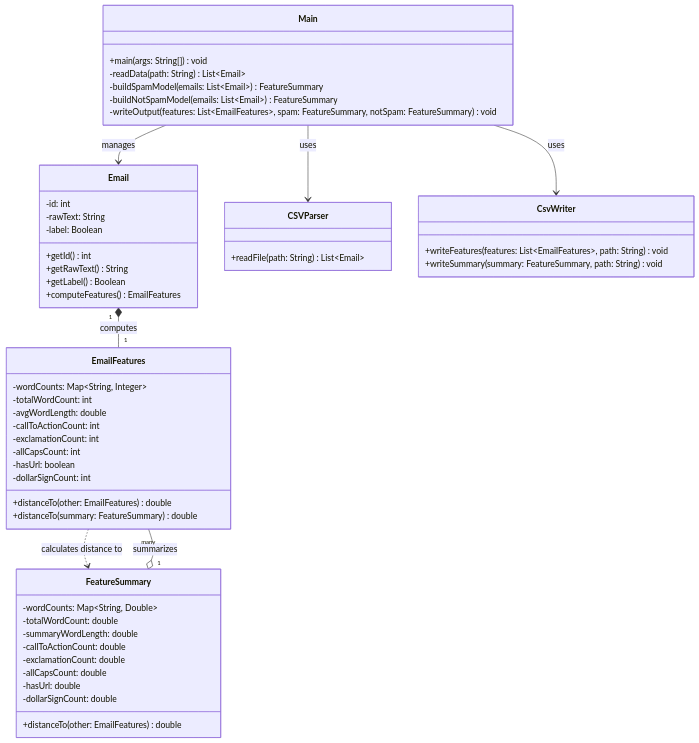
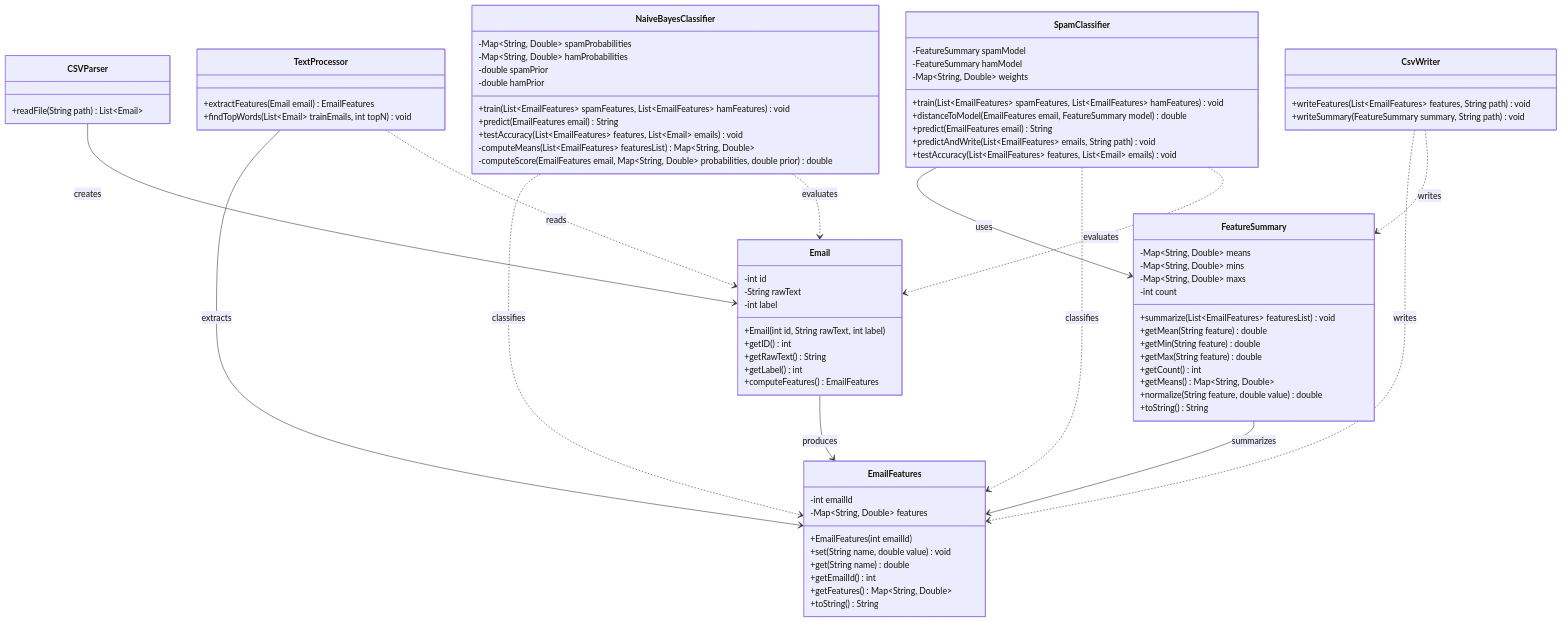
The diagram in README.md (CarterFennen/CSCIII-WCU-Spam-Email-Filter), drawn with Mermaid before and after one commit.

Commit message:
Update README.md
Update UML Diagram with additional classifiers and other classes.

````diff
--- a/README.md
+++ b/README.md
@@ -4,64 +4,90 @@
 ```mermaid
-
 classDiagram
-    class Main {
-        +main(args: String[]) void
-        -readData(path: String) List~Email~
-        -buildSpamModel(emails: List~Email~) FeatureSummary
-        -buildNotSpamModel(emails: List~Email~) FeatureSummary
-        -writeOutput(features: List~EmailFeatures~, spam: FeatureSummary, notSpam: FeatureSummary) void
-    }
-
     class Email {
-        -id: int
-        -rawText: String
-        -label: Boolean
-        +getId() int
+        -int id
+        -String rawText
+        -int label
+        +Email(int id, String rawText, int label)
+        +getID() int
         +getRawText() String
-        +getLabel() Boolean
+        +getLabel() int
         +computeFeatures() EmailFeatures
     }
 
     class EmailFeatures {
-        -wordCounts: Map~String, Integer~
-        -totalWordCount: int
-        -avgWordLength: double
-        -callToActionCount: int
-        -exclamationCount: int
-        -allCapsCount: int
-        -hasUrl: boolean
-        -dollarSignCount: int
-        +distanceTo(other: EmailFeatures) double
-        +distanceTo(summary: FeatureSummary) double
+        -int emailId
+        -Map~String, Double~ features
+        +EmailFeatures(int emailId)
+        +set(String name, double value) void
+        +get(String name) double
+        +getEmailId() int
+        +getFeatures() Map~String, Double~
+        +toString() String
+    }
+
+    class CSVParser {
+        +readFile(String path) List~Email~
+    }
+
+    class TextProcessor {
+        +extractFeatures(Email email) EmailFeatures
+        +findTopWords(List~Email~ trainEmails, int topN) void
     }
 
     class FeatureSummary {
-        -wordCounts: Map~String, Double~
-        -totalWordCount: double
-        -summaryWordLength: double
-        -callToActionCount: double
-        -exclamationCount: double
-        -allCapsCount: double
-        -hasUrl: double
-        -dollarSignCount: double
-        +distanceTo(other: EmailFeatures) double
-    }
-
-    class CSVParser {
-        +readFile(path: String) List~Email~
+        -Map~String, Double~ means
+        -Map~String, Double~ mins
+        -Map~String, Double~ maxs
+        -int count
+        +summarize(List~EmailFeatures~ featuresList) void
+        +getMean(String feature) double
+        +getMin(String feature) double
+        +getMax(String feature) double
+        +getCount() int
+        +getMeans() Map~String, Double~
+        +normalize(String feature, double value) double
+        +toString() String
     }
 
     class CsvWriter {
-        +writeFeatures(features: List~EmailFeatures~, path: String) void
-        +writeSummary(summary: FeatureSummary, path: String) void
+        +writeFeatures(List~EmailFeatures~ features, String path) void
+        +writeSummary(FeatureSummary summary, String path) void
     }
 
-    %% Relationships
-    Main --> CSVParser : uses
-    Main --> CsvWriter : uses
-    Main --> Email : manages
-    Email "1" *-- "1" EmailFeatures : computes
-    FeatureSummary "1" o-- "many" EmailFeatures : summarizes
-    EmailFeatures ..> FeatureSummary : calculates distance to
+    class SpamClassifier {
+        -FeatureSummary spamModel
+        -FeatureSummary hamModel
+        -Map~String, Double~ weights
+        +train(List~EmailFeatures~ spamFeatures, List~EmailFeatures~ hamFeatures) void
+        +distanceToModel(EmailFeatures email, FeatureSummary model) double
+        +predict(EmailFeatures email) String
+        +predictAndWrite(List~EmailFeatures~ emails, String path) void
+        +testAccuracy(List~EmailFeatures~ features, List~Email~ emails) void
+    }
+
+    class NaiveBayesClassifier {
+        -Map~String, Double~ spamProbabilities
+        -Map~String, Double~ hamProbabilities
+        -double spamPrior
+        -double hamPrior
+        +train(List~EmailFeatures~ spamFeatures, List~EmailFeatures~ hamFeatures) void
+        +predict(EmailFeatures email) String
+        +testAccuracy(List~EmailFeatures~ features, List~Email~ emails) void
+        -computeMeans(List~EmailFeatures~ featuresList) Map~String, Double~
+        -computeScore(EmailFeatures email, Map~String, Double~ probabilities, double prior) double
+    }
+
+    CSVParser --> Email : creates
+    Email --> EmailFeatures : produces
+    TextProcessor --> EmailFeatures : extracts
+    TextProcessor ..> Email : reads
+    FeatureSummary --> EmailFeatures : summarizes
+    CsvWriter ..> EmailFeatures : writes
+    CsvWriter ..> FeatureSummary : writes
+    SpamClassifier --> FeatureSummary : uses
+    SpamClassifier ..> EmailFeatures : classifies
+    NaiveBayesClassifier ..> EmailFeatures : classifies
+    NaiveBayesClassifier ..> Email : evaluates
+    SpamClassifier ..> Email : evaluates
 
 ```
````
